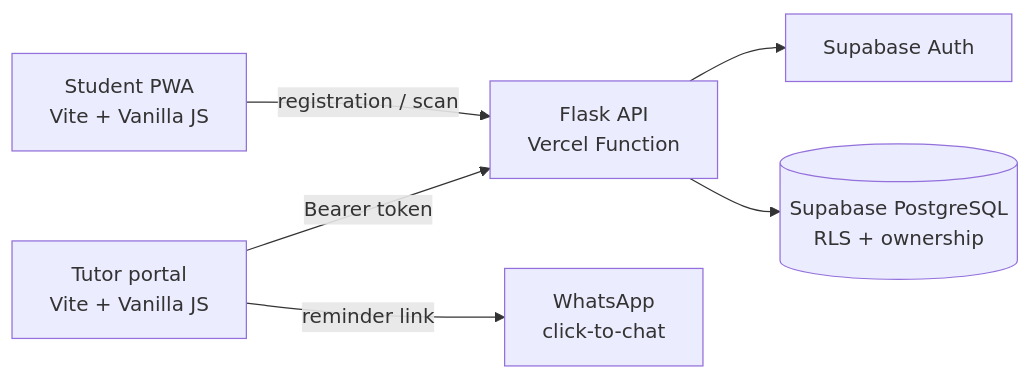
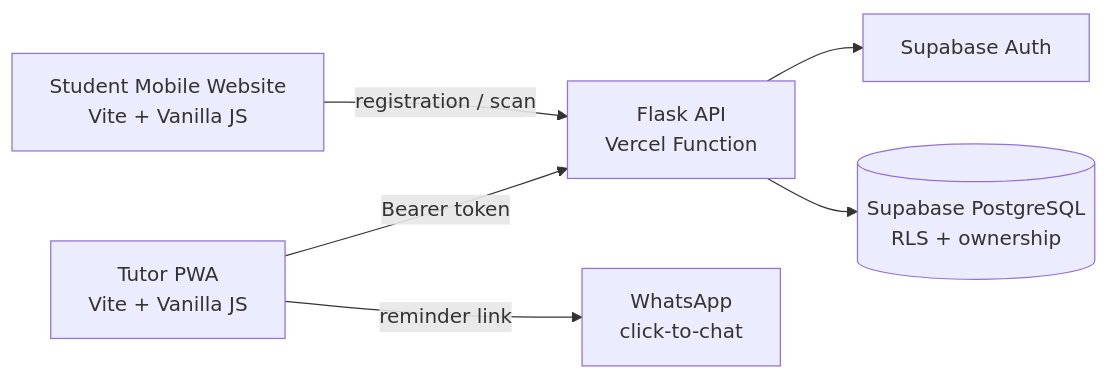
Before and after one commit to caelb-weirdo/TuitionLedger: the first of 4 diagrams in README.md, drawn with Mermaid. The commit also changed other lines of this file and 27 other files, not shown here.

Commit message:
feat: restructure tutor and student applications

````diff
--- a/README.md
+++ b/README.md
@@ -51,15 +56,15 @@
 ```mermaid
 flowchart LR
-    Tutor["Tutor portal\nVite + Vanilla JS"]
-    Student["Student PWA\nVite + Vanilla JS"]
+    Tutor["Tutor PWA\nVite + Vanilla JS"]
+    Student["Student Mobile Website\nVite + Vanilla JS"]
     API["Flask API\nVercel Function"]
     Auth["Supabase Auth"]
     DB[("Supabase PostgreSQL\nRLS + ownership")]
     WA["WhatsApp\nclick-to-chat"]
 
     Tutor -->|Bearer token| API
     Student -->|registration / scan| API
     API --> Auth
     API --> DB
     Tutor -->|reminder link| WA
 ```
````
